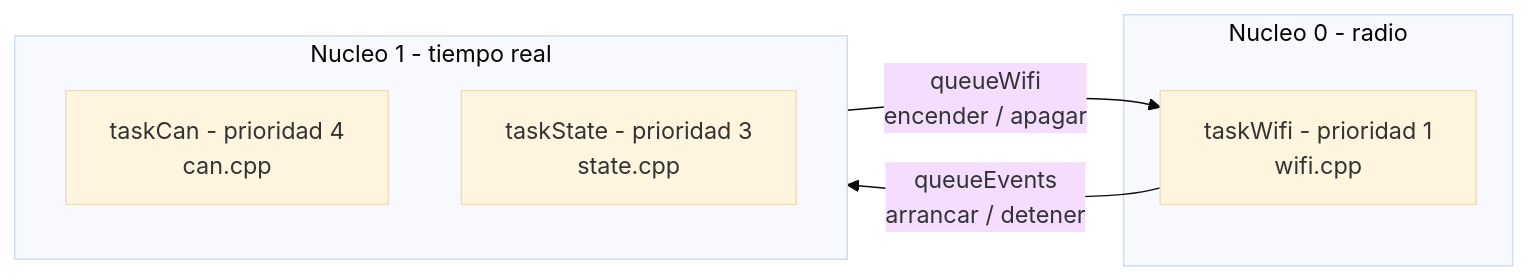
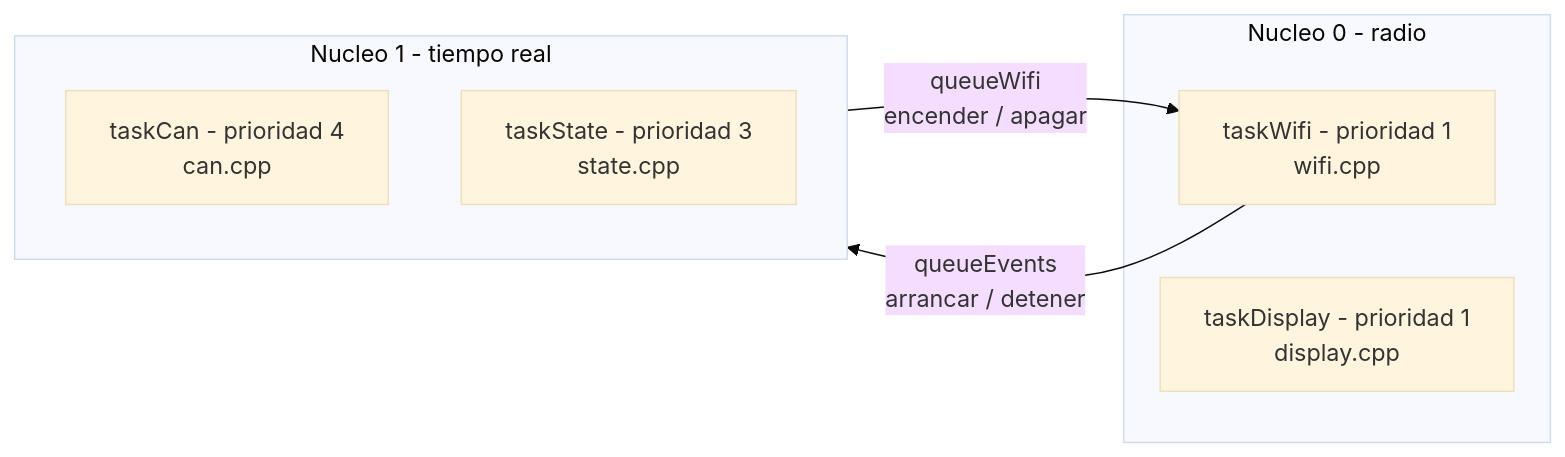
Before and after one commit to Pereyzaquer/Formuna-SAE-UTN-FRBA: the fourth of 6 diagrams in Code/ECU/ARQUITECTURA.md, drawn with Mermaid (base theme). The commit also changed other lines of this file and 18 other files, not shown here.

````diff
--- a/Code/ECU/ARQUITECTURA.md
+++ b/Code/ECU/ARQUITECTURA.md
@@ -350,15 +375,16 @@
 ```mermaid
 flowchart LR
     subgraph nucleo1["Nucleo 1 - tiempo real"]
         direction TB
         taskCan["taskCan - prioridad 4<br/>can.cpp"]
         taskState["taskState - prioridad 3<br/>state.cpp"]
     end
 
     subgraph nucleo0["Nucleo 0 - radio"]
         taskWifi["taskWifi - prioridad 1<br/>wifi.cpp"]
+        taskDisplay["taskDisplay - prioridad 1<br/>display.cpp"]
     end
 
     taskState -- "queueWifi<br/>encender / apagar" --> taskWifi
     taskWifi -- "queueEvents<br/>arrancar / detener" --> taskState
 ```
````
